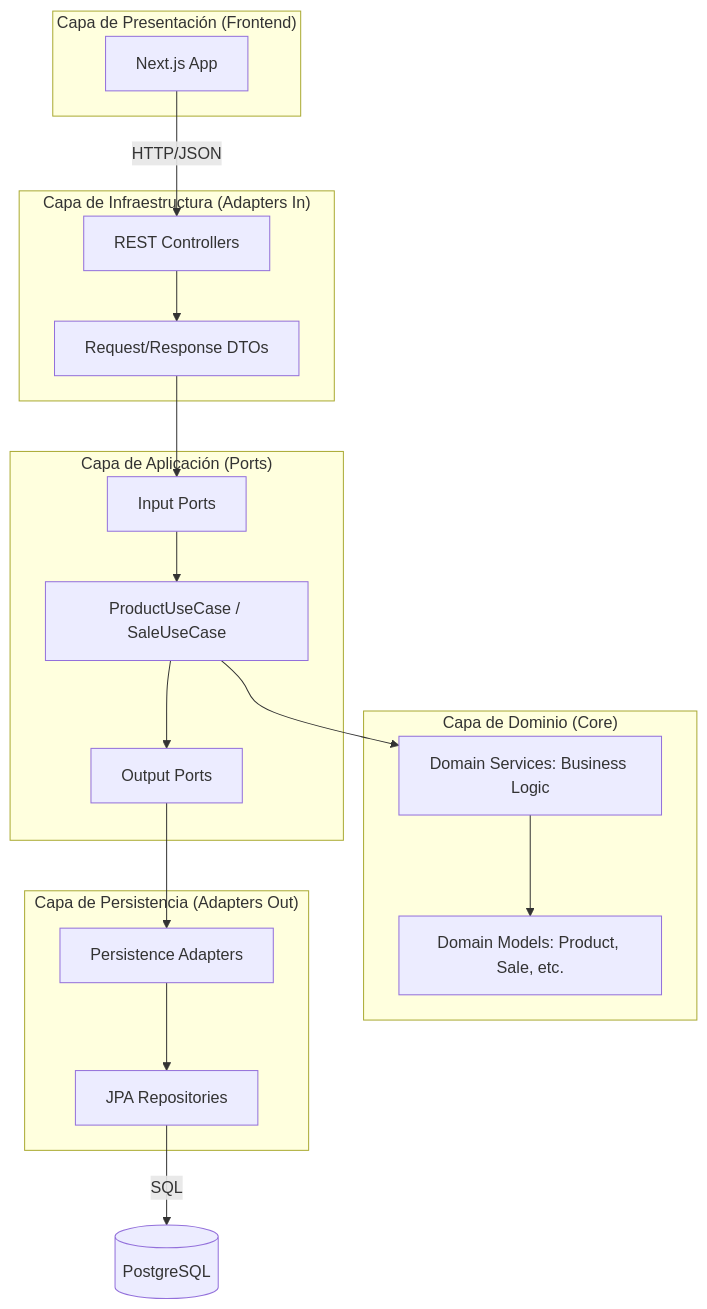
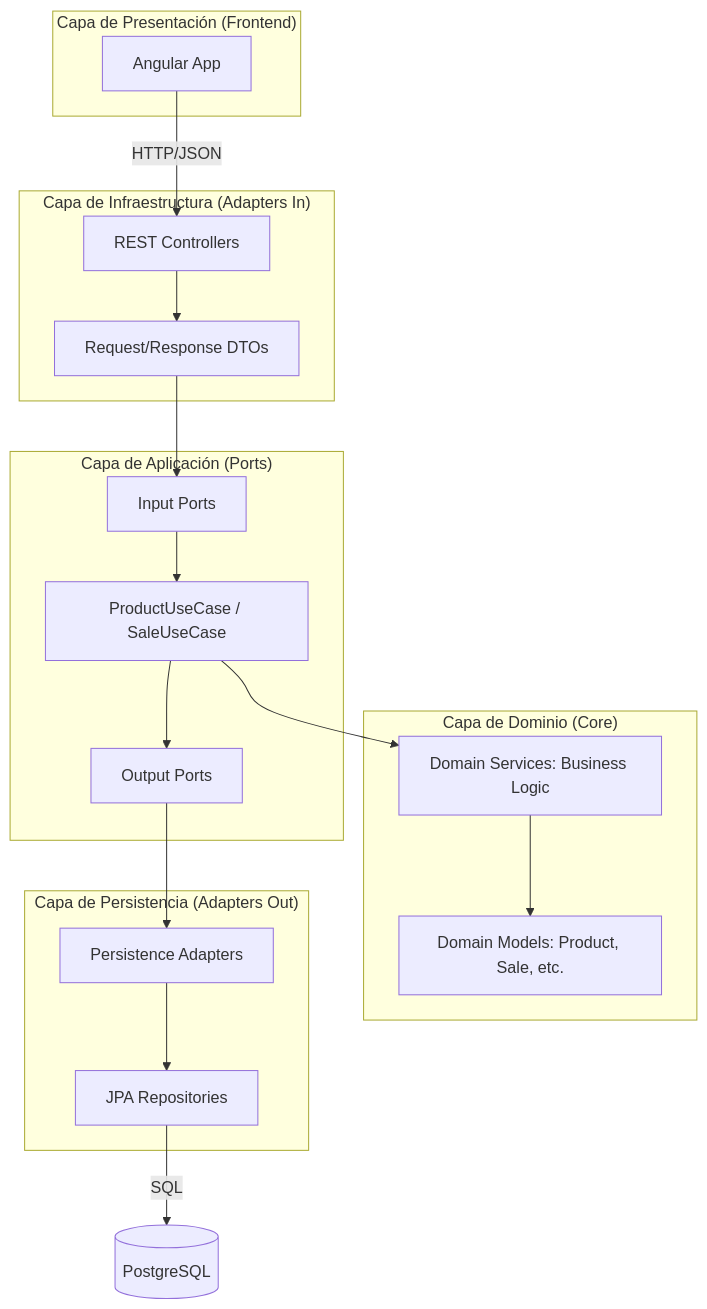
The fourth of 5 diagrams in documentacion_tecnica.md (BrandonBrandon-alt/Zen-Inventory), drawn with Mermaid before and after one commit. The commit also changed 110 other files, not shown here.

First line of the commit message:
chore: retirar el frontend de Next.js (frontend/): ya está todo migrado a Angular

````diff
--- a/documentacion_tecnica.md
+++ b/documentacion_tecnica.md
@@ -88,38 +88,38 @@
 ```mermaid
 graph TB
     subgraph "Capa de Presentación (Frontend)"
-        FE[Next.js App]
+        FE[Angular App]
     end
 
     subgraph "Capa de Infraestructura (Adapters In)"
         API[REST Controllers]
         DTO[Request/Response DTOs]
     end
 
     subgraph "Capa de Aplicación (Ports)"
         UC[ProductUseCase / SaleUseCase]
         IP[Input Ports]
         OP[Output Ports]
     end
 
     subgraph "Capa de Dominio (Core)"
         Entities[Domain Models: Product, Sale, etc.]
         Services[Domain Services: Business Logic]
     end
 
     subgraph "Capa de Persistencia (Adapters Out)"
         JPA[Persistence Adapters]
         Repo[JPA Repositories]
     end
 
     FE -- HTTP/JSON --> API
     API --> DTO
     DTO --> IP
     IP --> UC
     UC --> Services
     Services --> Entities
     UC --> OP
     OP --> JPA
     JPA --> Repo
     Repo -- SQL --> DB[(PostgreSQL)]
 ```
````
